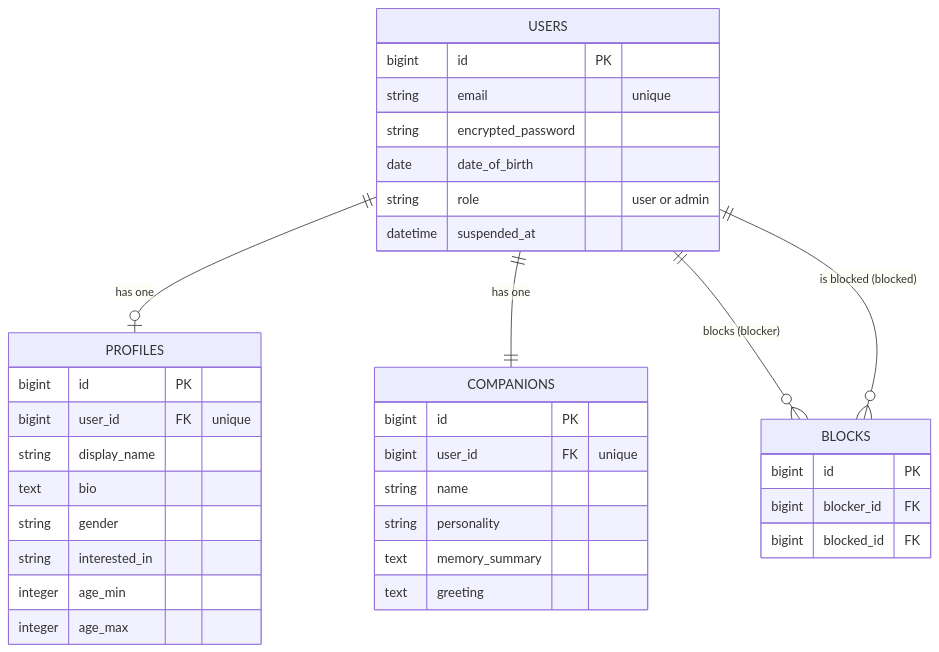
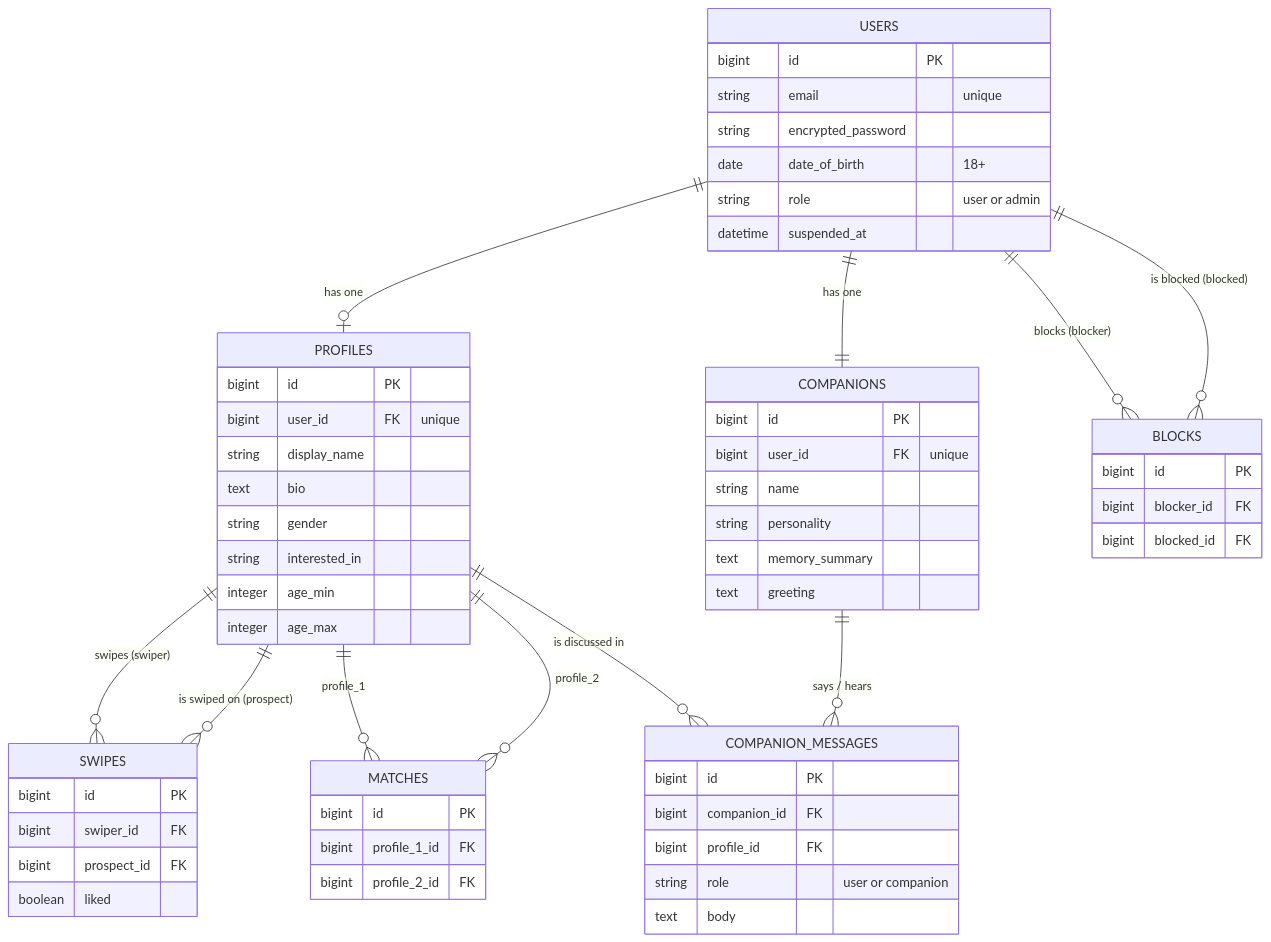
One commit to tamu-edu-students/CSCE606-700-Fall2026-GroupRed changed the second of 2 diagrams in README.md. Above: the diagram before and after it, drawn with Mermaid. The commit also changed other lines of this file, not shown here.

````diff
--- a/README.md
+++ b/README.md
@@ -122,39 +122,63 @@
 ```mermaid
 erDiagram
   USERS ||--o| PROFILES : "has one"
   USERS ||--|| COMPANIONS : "has one"
   USERS ||--o{ BLOCKS : "blocks (blocker)"
   USERS ||--o{ BLOCKS : "is blocked (blocked)"
+  PROFILES ||--o{ SWIPES : "swipes (swiper)"
+  PROFILES ||--o{ SWIPES : "is swiped on (prospect)"
+  PROFILES ||--o{ MATCHES : "profile_1"
+  PROFILES ||--o{ MATCHES : "profile_2"
+  COMPANIONS ||--o{ COMPANION_MESSAGES : "says / hears"
+  PROFILES ||--o{ COMPANION_MESSAGES : "is discussed in"
 
   USERS {
     bigint id PK
     string email "unique"
     string encrypted_password
-    date date_of_birth
+    date date_of_birth "18+"
     string role "user or admin"
     datetime suspended_at
   }
   PROFILES {
     bigint id PK
     bigint user_id FK "unique"
     string display_name
     text bio
     string gender
     string interested_in
     integer age_min
     integer age_max
   }
   COMPANIONS {
     bigint id PK
     bigint user_id FK "unique"
     string name
     string personality
     text memory_summary
     text greeting
   }
+  COMPANION_MESSAGES {
+    bigint id PK
+    bigint companion_id FK
+    bigint profile_id FK
+    string role "user or companion"
+    text body
+  }
+  SWIPES {
+    bigint id PK
+    bigint swiper_id FK
+    bigint prospect_id FK
+    boolean liked
+  }
+  MATCHES {
+    bigint id PK
+    bigint profile_1_id FK
+    bigint profile_2_id FK
+  }
   BLOCKS {
     bigint id PK
     bigint blocker_id FK
     bigint blocked_id FK
   }
 ```
````
